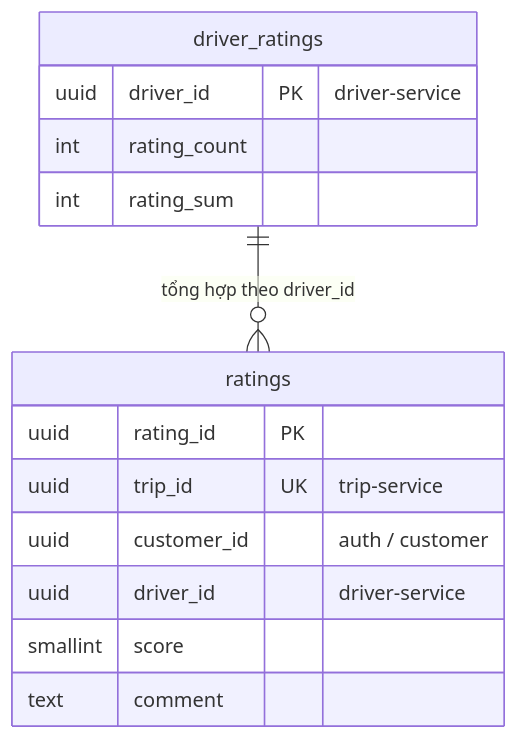
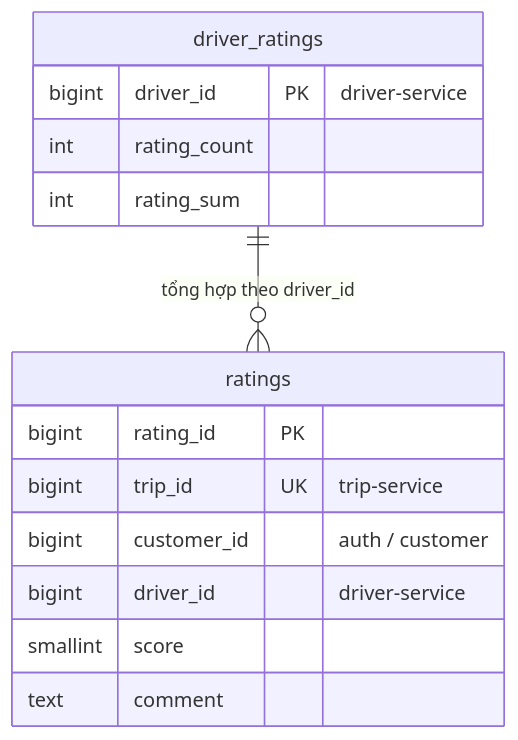
One commit to nghuuduc21/23699411_NguyenHuuDuc_CabSystem changed the eighth of 8 diagrams in docs/design/03-du-lieu.md. Above: the diagram before and after it, drawn with Mermaid. The commit also changed other lines of this file and 21 other files, not shown here.

````diff
--- a/docs/design/03-du-lieu.md
+++ b/docs/design/03-du-lieu.md
@@ -653,17 +672,17 @@
 ```mermaid
 erDiagram
   driver_ratings ||--o{ ratings : "tổng hợp theo driver_id"
   ratings {
-    uuid rating_id PK
-    uuid trip_id UK "trip-service"
-    uuid customer_id "auth / customer"
-    uuid driver_id "driver-service"
+    bigint rating_id PK
+    bigint trip_id UK "trip-service"
+    bigint customer_id "auth / customer"
+    bigint driver_id "driver-service"
     smallint score
     text comment
   }
   driver_ratings {
-    uuid driver_id PK "driver-service"
+    bigint driver_id PK "driver-service"
     int rating_count
     int rating_sum
   }
 ```
````
